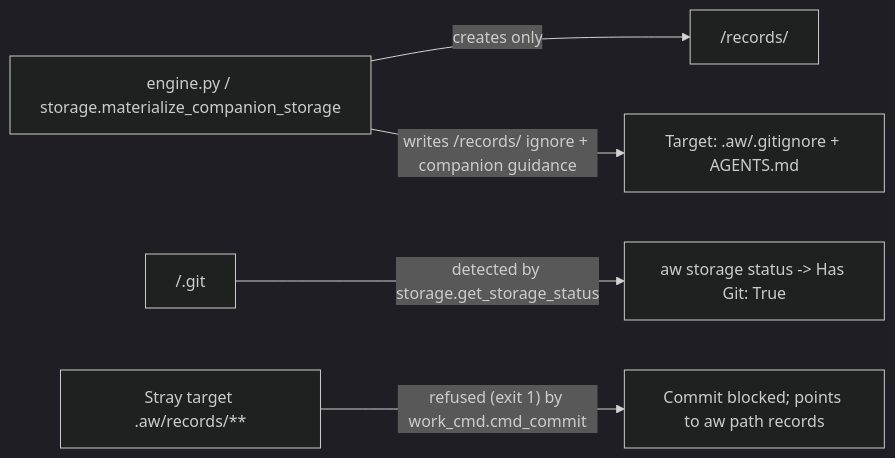
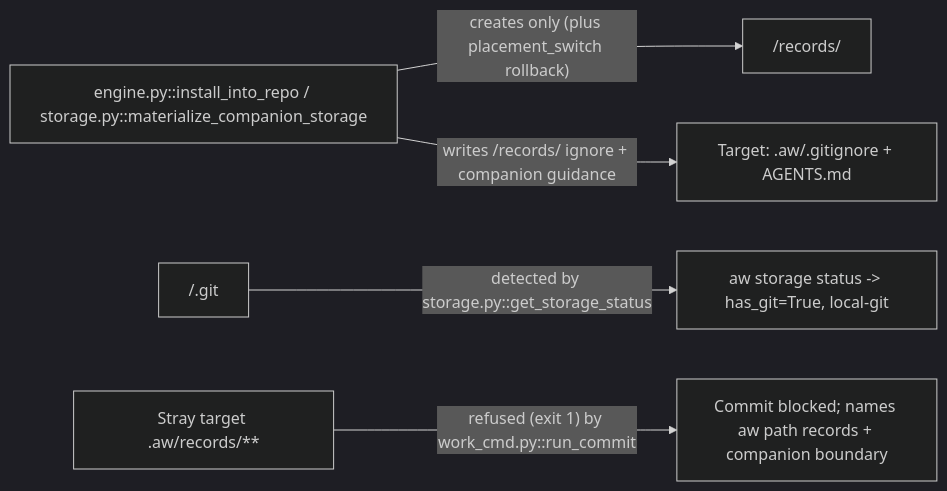
Before and after one commit to fariello/agent-workflows: the diagram in .aw/records/plans/pending/20261121-companion-bugs-01-mnsbzt-companion-storage-layout-git-detection-target-containment-an.ipd.md, drawn with Mermaid (dark theme). The commit also changed other lines of this file, not shown here.

First line of the commit message:
chore(plans): set status reviewed

````diff
--- a/.aw/records/plans/pending/20261121-companion-bugs-01-mnsbzt-companion-storage-layout-git-detection-target-containment-an.ipd.md
+++ b/.aw/records/plans/pending/20261121-companion-bugs-01-mnsbzt-companion-storage-layout-git-detection-target-containment-an.ipd.md
@@ -83,7 +89,7 @@
 ```mermaid
 flowchart LR
-    Install["engine.py / storage.materialize_companion_storage"] -->|"creates only"| CompRec["<companion>/records/"]
+    Install["engine.py::install_into_repo / storage.py::materialize_companion_storage"] -->|"creates only (plus placement_switch rollback)"| CompRec["<companion>/records/"]
     Install -->|"writes /records/ ignore + companion guidance"| TargetCfg["Target: .aw/.gitignore + AGENTS.md"]
-    CompGit["<companion>/.git"] -->|"detected by storage.get_storage_status"| Status["aw storage status -> Has Git: True"]
-    TargetRec["Stray target .aw/records/**"] -->|"refused (exit 1) by work_cmd.cmd_commit"| Blocked["Commit blocked; points to aw path records"]
+    CompGit["<companion>/.git"] -->|"detected by storage.py::get_storage_status"| Status["aw storage status -> has_git=True, local-git"]
+    TargetRec["Stray target .aw/records/**"] -->|"refused (exit 1) by work_cmd.py::run_commit"| Blocked["Commit blocked; names aw path records + companion boundary"]
 ```
````
